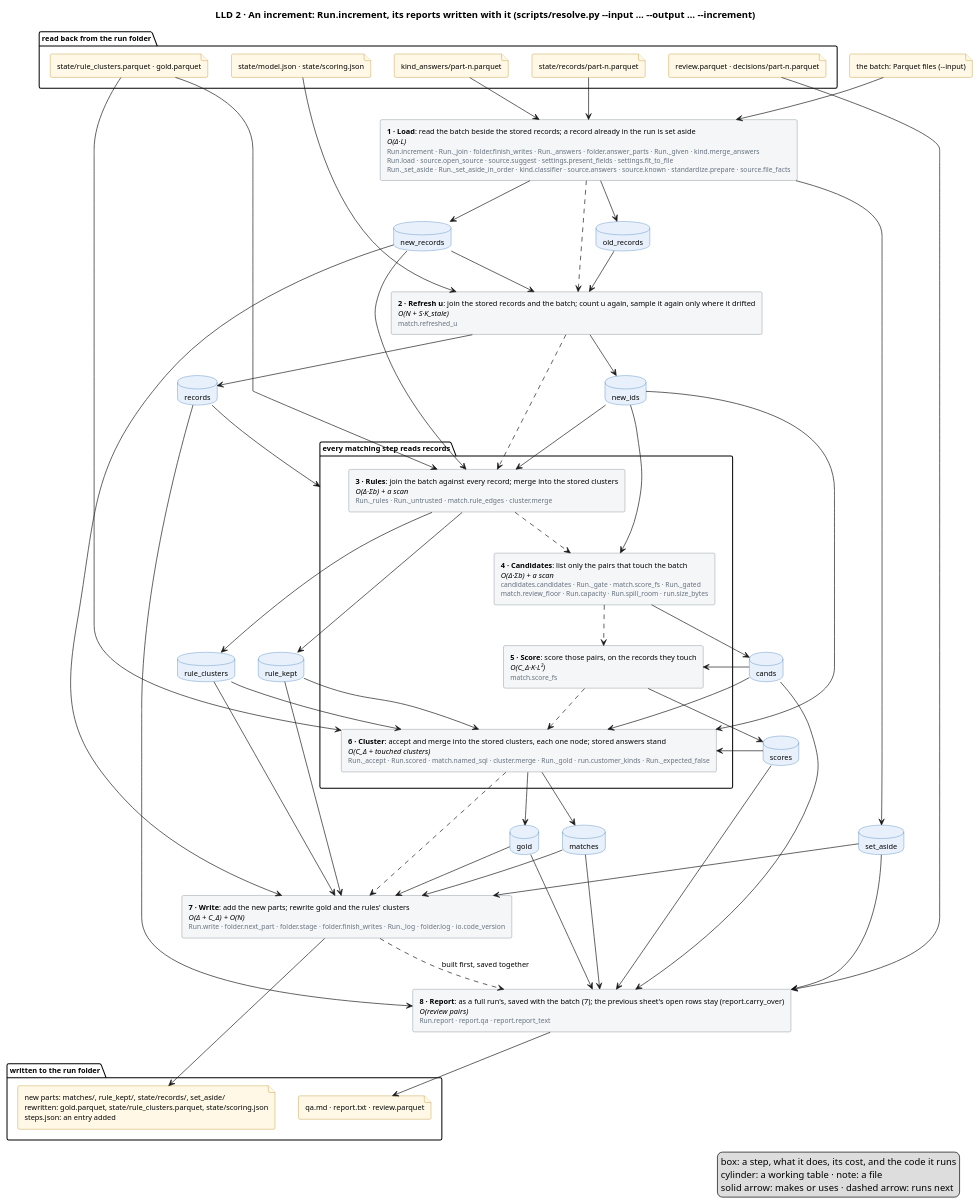
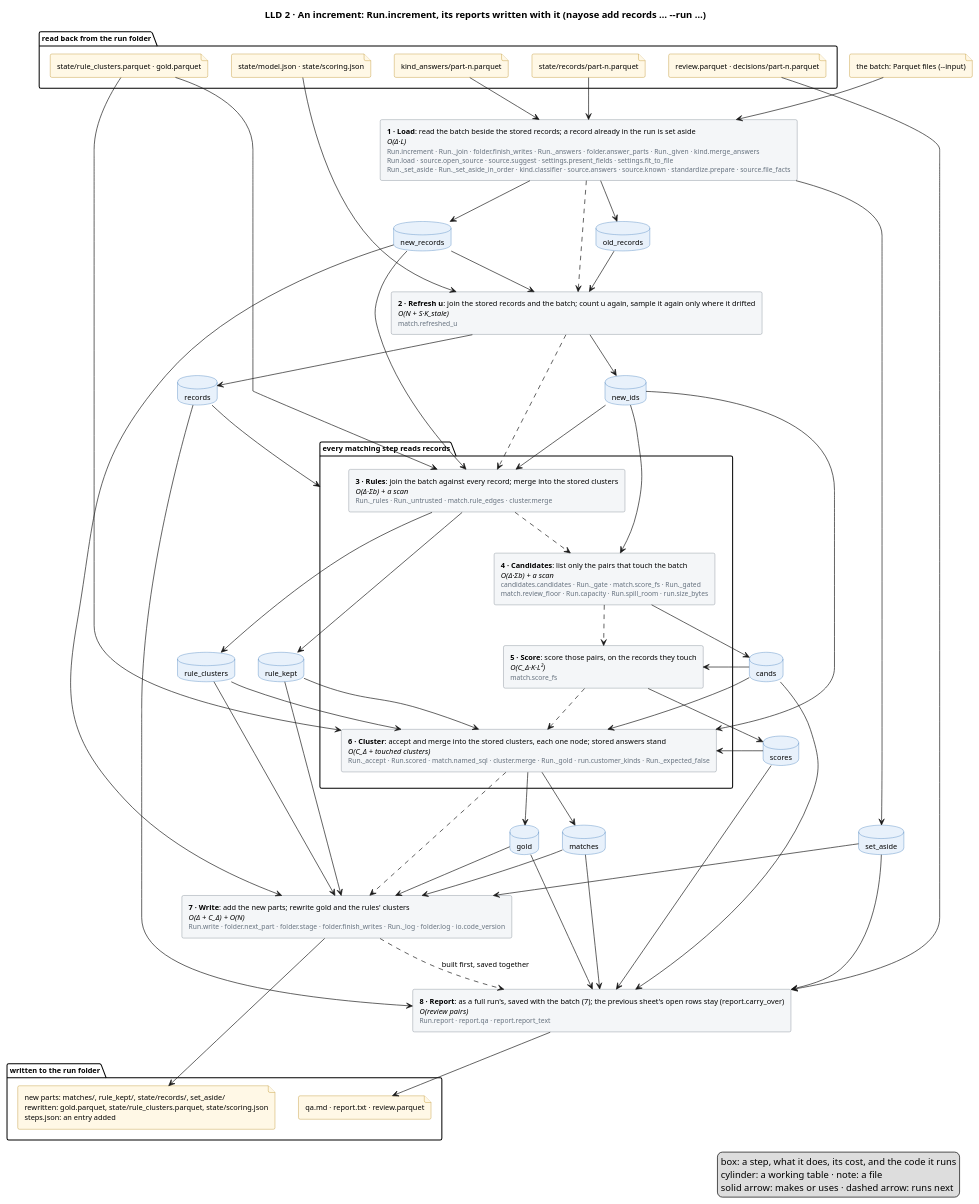
One commit to mvsbm/entity_matching changed the diagram in docs/diagrams/increment.puml. Above: the diagram before and after it, drawn with PlantUML. The commit also changed 48 other files, not shown here.

```diff
--- a/docs/diagrams/increment.puml
+++ b/docs/diagrams/increment.puml
@@ -1,113 +1,113 @@
 @startuml increment
-title LLD 2 · An increment: Run.increment, its reports written with it (scripts/resolve.py ~--input … ~--output … ~--increment)
+title LLD 2 · An increment: Run.increment, its reports written with it (nayose add records … ~--run …)
 skinparam defaultFontSize 11
 skinparam rectangle {
   BackgroundColor #F4F6F8
   BorderColor #65717E
 }
 skinparam database {
   BackgroundColor #E8F1FB
   BorderColor #2C6DB3
 }
 skinparam file {
   BackgroundColor #FFF8E6
   BorderColor #B07D00
 }
 
 package "read back from the run folder" {
   file "state/model.json · state/scoring.json" as f_model
   file "state/records/part-n.parquet" as f_records
   file "state/rule_clusters.parquet · gold.parquet" as f_clusters
   file "kind_answers/part-n.parquet" as f_answers
   file "review.parquet · decisions/part-n.parquet" as f_sheet
 }
 file "the batch: Parquet files (~--input)" as f_batch
 
 
 rectangle "<b>1 · Load</b>: read the batch beside the stored records; a record already in the run is set aside\n<i>O(Δ·L)</i>\n<size:10><color:#65717E>Run.increment · Run._join · folder.finish_writes · Run._answers · folder.answer_parts · Run._given · kind.merge_answers</color></size>\n<size:10><color:#65717E>Run.load · source.open_source · source.suggest · settings.present_fields · settings.fit_to_file</color></size>\n<size:10><color:#65717E>Run._set_aside · Run._set_aside_in_order · kind.classifier · source.answers · source.known · standardize.prepare · source.file_facts</color></size>" as load
 rectangle "<b>2 · Refresh u</b>: join the stored records and the batch; count u again, sample it again only where it drifted\n<i>O(N + S·K_stale)</i>\n<size:10><color:#65717E>match.refreshed_u</color></size>" as fit
 package "every matching step reads records" as matching {
   rectangle "<b>3 · Rules</b>: join the batch against every record; merge into the stored clusters\n<i>O(Δ·Σb) + a scan</i>\n<size:10><color:#65717E>Run._rules · Run._untrusted · match.rule_edges · cluster.merge</color></size>" as rules
   rectangle "<b>4 · Candidates</b>: list only the pairs that touch the batch\n<i>O(Δ·Σb) + a scan</i>\n<size:10><color:#65717E>candidates.candidates · Run._gate · match.score_fs · Run._gated</color></size>\n<size:10><color:#65717E>match.review_floor · Run.capacity · Run.spill_room · run.size_bytes</color></size>" as candidates
   rectangle "<b>5 · Score</b>: score those pairs, on the records they touch\n<i>O(C_Δ·K·L²)</i>\n<size:10><color:#65717E>match.score_fs</color></size>" as score
   rectangle "<b>6 · Cluster</b>: accept and merge into the stored clusters, each one node; stored answers stand\n<i>O(C_Δ + touched clusters)</i>\n<size:10><color:#65717E>Run._accept · Run.scored · match.named_sql · cluster.merge · Run._gold · run.customer_kinds · Run._expected_false</color></size>" as cluster
 }
 rectangle "<b>7 · Write</b>: add the new parts; rewrite gold and the rules' clusters\n<i>O(Δ + C_Δ) + O(N)</i>\n<size:10><color:#65717E>Run.write · folder.next_part · folder.stage · folder.finish_writes · Run._log · folder.log · io.code_version</color></size>" as write
 rectangle "<b>8 · Report</b>: as a full run's, saved with the batch (7); the previous sheet's open rows stay (report.carry_over)\n<i>O(review pairs)</i>\n<size:10><color:#65717E>Run.report · report.qa · report.report_text</color></size>" as report
 database "old_records" as old_records
 database "new_records" as new_records
 database "set_aside" as set_aside
 database "records" as records
 database "new_ids" as new_ids
 database "rule_clusters" as rule_clusters
 database "rule_kept" as rule_kept
 database "cands" as cands
 database "scores" as scores
 database "matches" as matches
 database "gold" as gold
 
 package "written to the run folder" {
   file "new parts: matches/, rule_kept/, state/records/, set_aside/\nrewritten: gold.parquet, state/rule_clusters.parquet, state/scoring.json\nsteps.json: an entry added" as f_out
   file "qa.md · report.txt · review.parquet" as f_people
 }
 
 f_batch --> load
 f_records --> load
 f_answers --> load
 f_model --> fit
 f_clusters --> rules
 f_clusters --> cluster
 f_sheet --> report
 
 load ..> fit
 fit ..> rules
 rules ..> candidates
 candidates ..> score
 score ..> cluster
 cluster ..> write
 write ..> report : built first, saved together
 
 load --> old_records
 load --> new_records
 load --> set_aside
 old_records --> fit
 new_records --> fit
 fit --> records
 fit --> new_ids
 records --> matching
 new_records --> rules
 new_ids --> rules
 rules --> rule_clusters
 rules --> rule_kept
 new_ids --> candidates
 candidates --> cands
 cands --> score
 score --> scores
 new_ids --> cluster
 rule_clusters --> cluster
 rule_kept --> cluster
 cands --> cluster
 scores --> cluster
 cluster --> matches
 cluster --> gold
 new_records --> write
 rule_clusters --> write
 rule_kept --> write
 matches --> write
 gold --> write
 set_aside --> write
 records --> report
 cands --> report
 scores --> report
 matches --> report
 gold --> report
 set_aside --> report
 
 write --> f_out
 report --> f_people
 legend right
   box: a step, what it does, its cost, and the code it runs
   cylinder: a working table · note: a file
   solid arrow: makes or uses · dashed arrow: runs next
 endlegend
 @enduml
```
